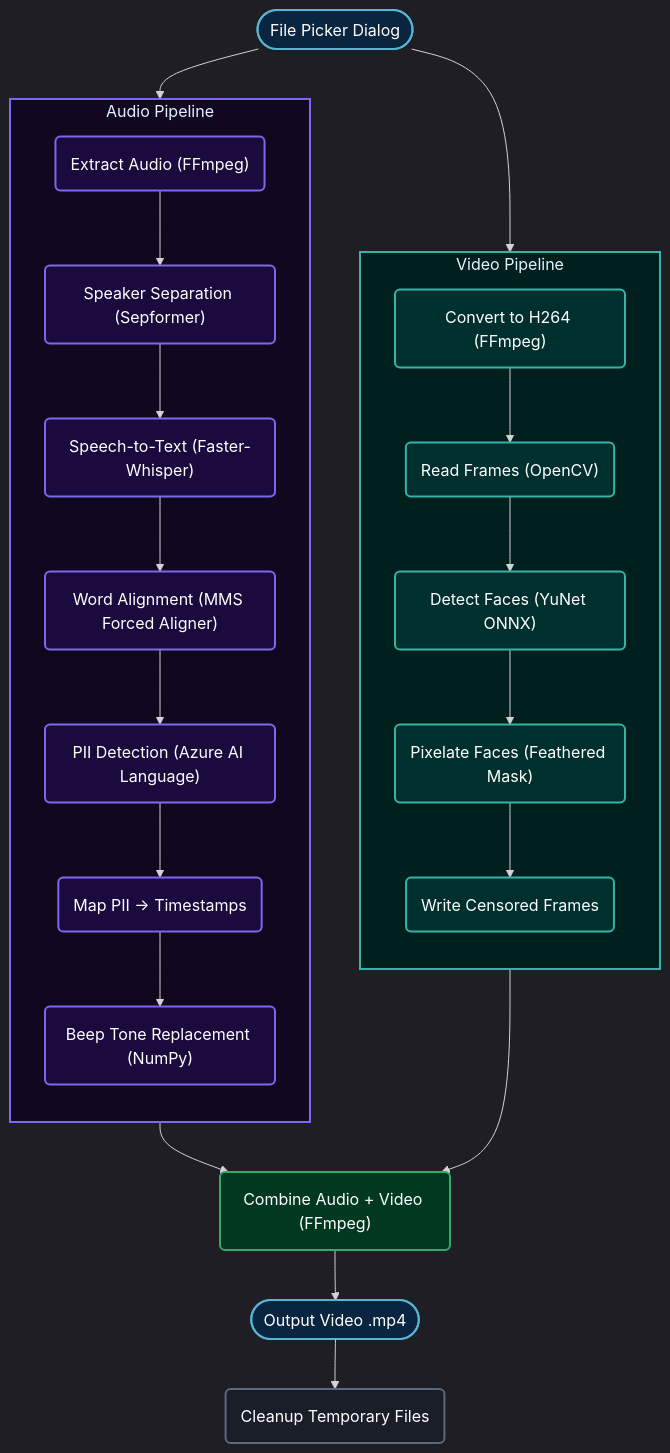
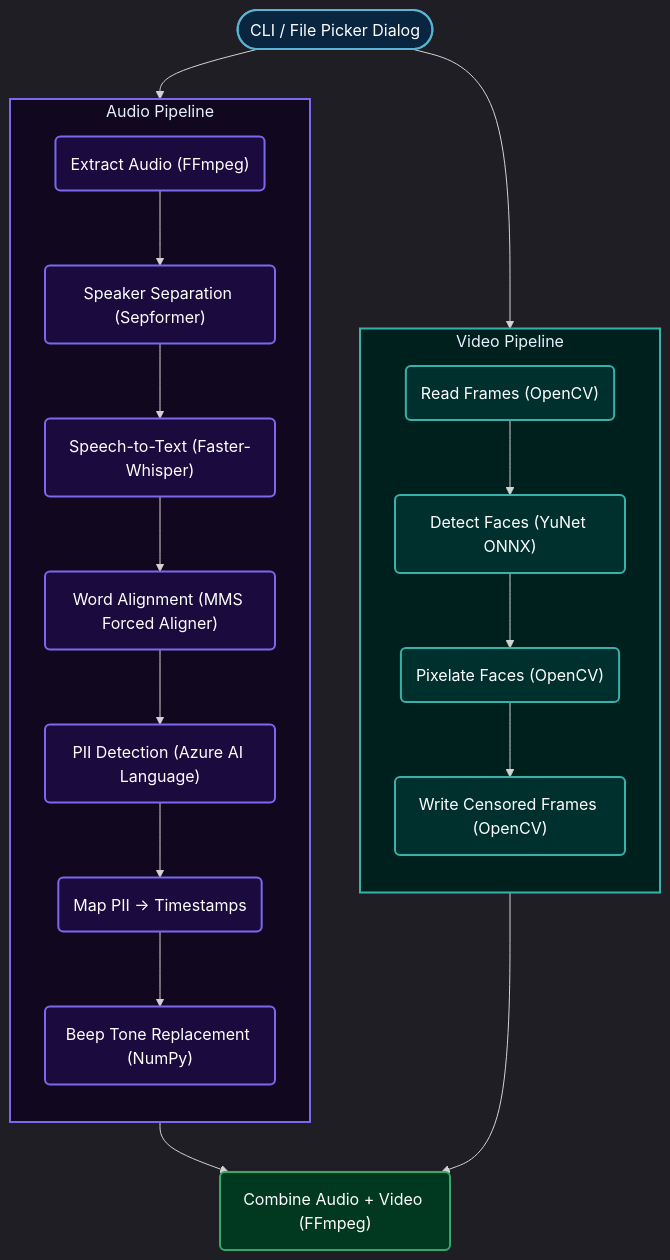
The diagram in README.md (LightCA/Redactify), drawn with Mermaid before and after one commit. The commit also changed other lines of this file and 10 other files, not shown here.

````diff
--- a/README.md
+++ b/README.md
@@ -21,47 +21,43 @@
 ```mermaid
 %%{init: {'theme': 'dark'}}%%
 flowchart TD
     classDef terminal  fill:#0a2540,stroke:#58b4d1,color:#fff,stroke-width:2px
     classDef para   fill:#2d1e00,stroke:#c09040,color:#fff,stroke-width:2px
     classDef audioStep fill:#1a0a3d,stroke:#7b68ee,color:#fff,stroke-width:2px
     classDef videoStep fill:#00302e,stroke:#38b2a8,color:#fff,stroke-width:2px
-    classDef mux       fill:#003820,stroke:#38a868,color:#fff,stroke-width:2px
+    classDef mix       fill:#003820,stroke:#38a868,color:#fff,stroke-width:2px
     classDef cleanup   fill:#1a1e28,stroke:#5a6880,color:#fff,stroke-width:2px
     style AUDIO fill:#110820,stroke:#7b68ee,stroke-width:2px,color:#e6f1ff
     style VIDEO fill:#00201e,stroke:#38b2a8,stroke-width:2px,color:#e6f1ff
 
-    A(["File Picker Dialog"])
+    A(["CLI / File Picker Dialog"])
 
     subgraph AUDIO ["Audio Pipeline"]
         direction TB
         D1("Extract Audio (FFmpeg)") --> D2("Speaker Separation (Sepformer)")
         D2 --> D3("Speech-to-Text (Faster-Whisper)")
         D3 --> D4("Word Alignment (MMS Forced Aligner)")
         D4 --> D5("PII Detection (Azure AI Language)")
         D5 --> D6("Map PII → Timestamps")
         D6 --> D7("Beep Tone Replacement (NumPy)")
     end
 
     subgraph VIDEO ["Video Pipeline"]
         direction TB
-        E1("Convert to H264 (FFmpeg)") --> E2("Read Frames (OpenCV)")
-        E2 --> E3("Detect Faces (YuNet ONNX)")
-        E3 --> E4("Pixelate Faces (Feathered Mask)")
-        E4 --> E5("Write Censored Frames")
+        E1("Read Frames (OpenCV)")
+        E1 --> E2("Detect Faces (YuNet ONNX)")
+        E2 --> E3("Pixelate Faces (OpenCV)")
+        E3 --> E4("Write Censored Frames (OpenCV)")
     end
 
     A --> AUDIO
     A --> VIDEO
 
     AUDIO & VIDEO --> F("Combine Audio + Video (FFmpeg)")
 
-    F --> G(["Output Video .mp4"])
-    G --> H("Cleanup Temporary Files")
-
     class A,G terminal
     class C para
     class D1,D2,D3,D4,D5,D6,D7 audioStep
     class E1,E2,E3,E4,E5 videoStep
-    class F mux
-    class H cleanup
+    class F mix
 ```
````
